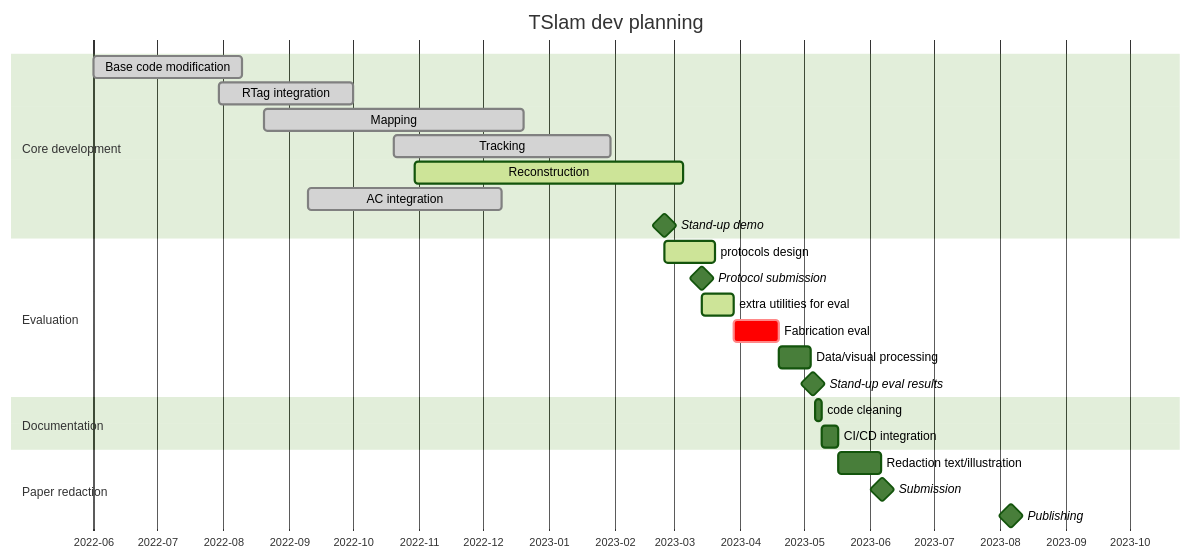
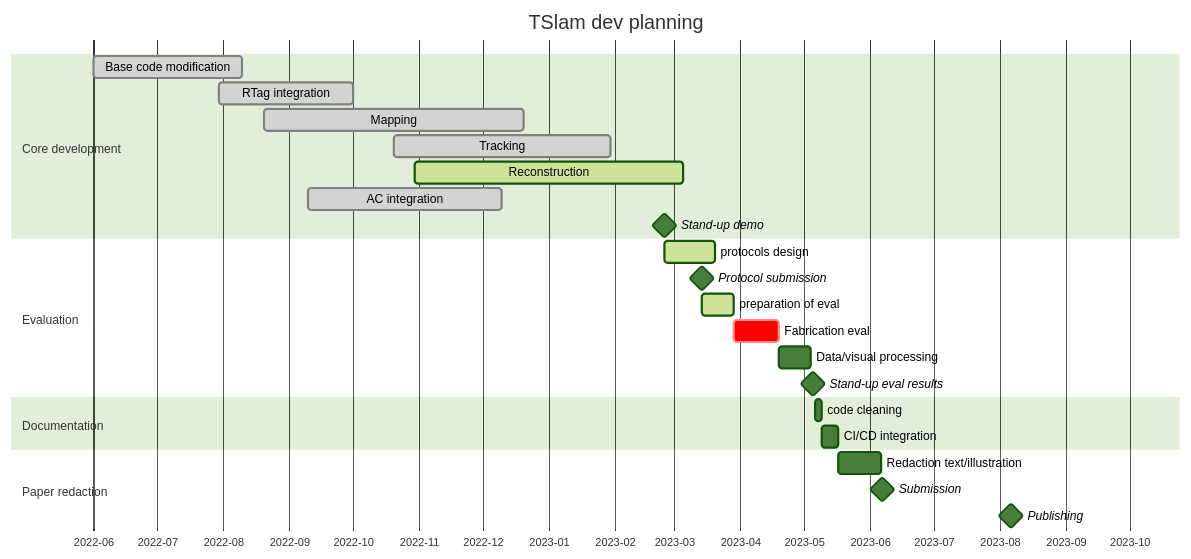
One commit to ibois-epfl/TSlam changed the diagram in README.md. Above: the diagram before and after it, drawn with Mermaid (forest theme). The commit also changed 5 other files, not shown here.

````diff
--- a/README.md
+++ b/README.md
@@ -11,32 +11,32 @@
 ```mermaid
 gantt
     dateFormat  YYYY-MM-DD
     title       TSlam dev planning
     axisFormat %Y-%m
 
     section Core development
     Base code modification          :done, ucm, 2022-06-01, 2022-08-10
     RTag integration                :done, rti, 2022-07-30, 2022-10-01
     Mapping                         :done, map, 2022-08-20, 2022-12-20
     Tracking                        :done, trck, 2022-10-20, 2023-01-30
     Reconstruction                  :active, rec, 2022-10-30, 2023-03-05
     AC integration                  :done, aci, 2022-09-10, 2022-12-10
     Stand-up demo                   :milestone, 2023-02-24, 0d
 
     section Evaluation
     protocols design                :active, ptrd, 2023-02-24, 2023-03-20
     Protocol submission             :milestone, 2023-03-14, 0d
-    extra utilities for eval        :active, 15d
+    preparation of eval             :active, 15d
     Fabrication eval                :crit, 21d
     Data/visual processing          :15d
     Stand-up eval results           :milestone, 2d
 
     section Documentation
     code cleaning                   :3d
     CI/CD integration               :8d
 
     section Paper redaction
     Redaction text/illustration     :20d
     Submission                      :milestone, 1d
     Publishing                      :milestone, 120d
 ```
````
